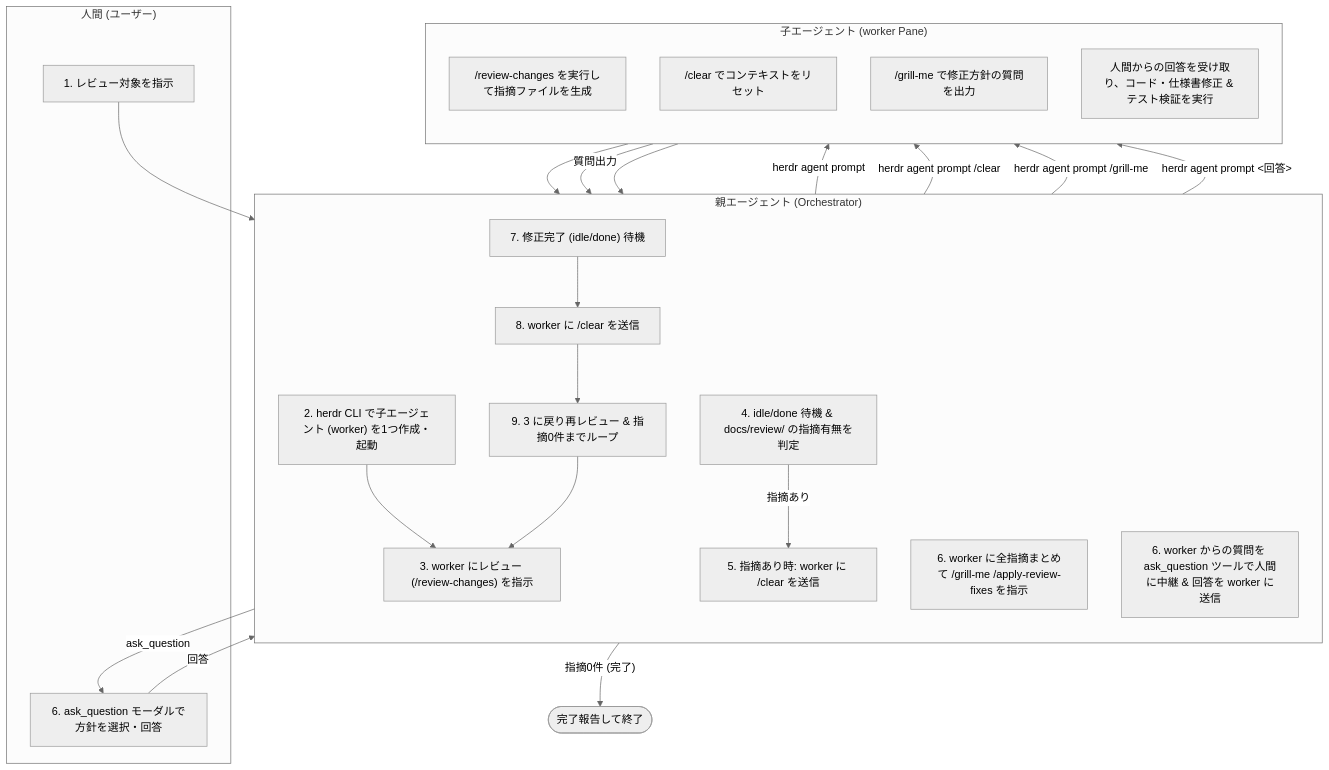
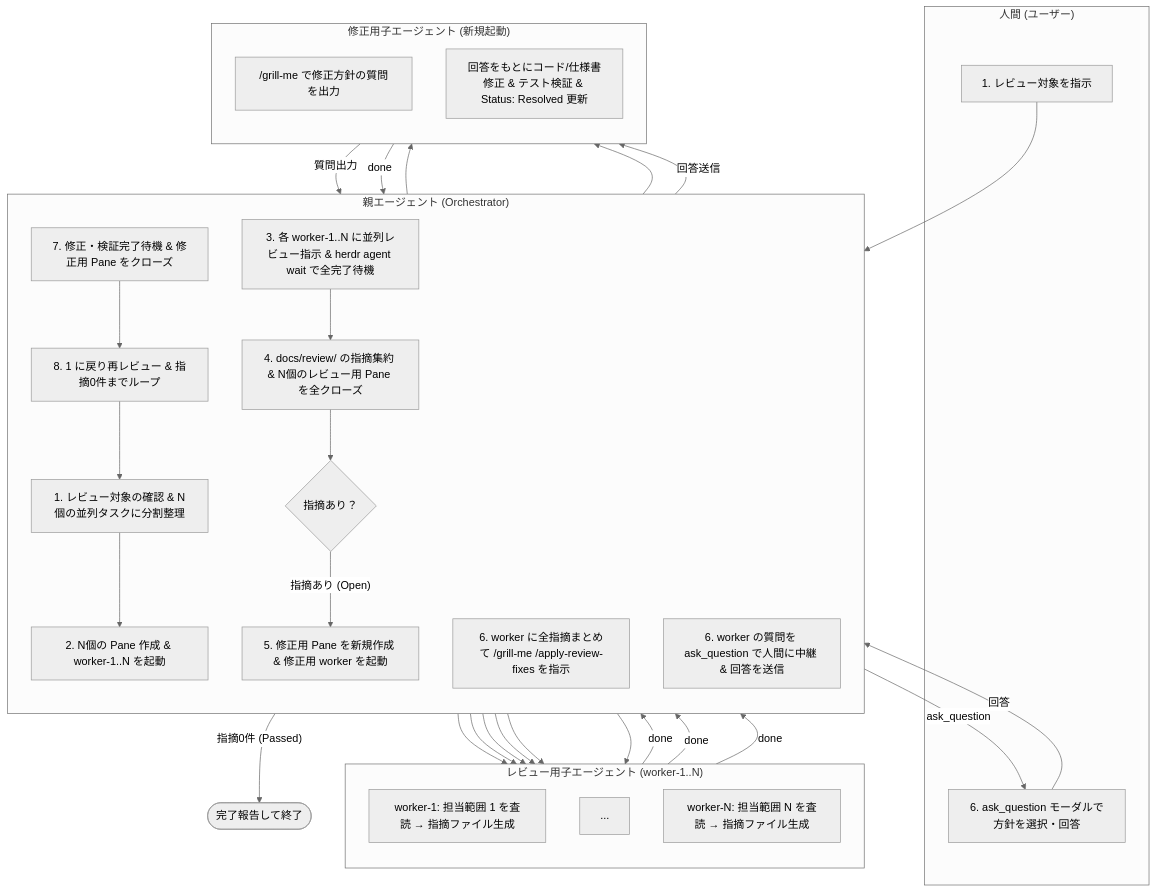
The diagram in .agents/skills/herdr-review-loop/SKILL.md (TUS-TI-dev-team/SyncTask), drawn with Mermaid (neutral theme) before and after one commit. The commit also changed other lines of this file and 9 other files, not shown here.

````diff
--- a/.agents/skills/herdr-review-loop/SKILL.md
+++ b/.agents/skills/herdr-review-loop/SKILL.md
@@ -15,45 +16,53 @@
 ```mermaid
 flowchart TD
     subgraph UserInteraction ["人間 (ユーザー)"]
         U1["1. レビュー対象を指示"]
         U2["6. ask_question モーダルで方針を選択・回答"]
     end
 
     subgraph Orchestrator ["親エージェント (Orchestrator)"]
         direction TB
-        O1["2. herdr CLI で子エージェント (worker) を1つ作成・起動"]
-        O2["3. worker にレビュー (/review-changes) を指示"]
-        O3["4. idle/done 待機 & docs/review/ の指摘有無を判定"]
-        O4["5. 指摘あり時: worker に /clear を送信"]
-        O5["6. worker に全指摘まとめて /grill-me /apply-review-fixes を指示"]
-        O6["6. worker からの質問を ask_question ツールで人間に中継 & 回答を worker に送信"]
-        O7["7. 修正完了 (idle/done) 待機"]
-        O8["8. worker に /clear を送信"]
-        O9["9. 3 に戻り再レビュー & 指摘0件までループ"]
+        O1["1. レビュー対象の確認 & N個の並列タスクに分割整理"]
+        O2["2. N個の Pane 作成 & worker-1..N を起動"]
+        O3["3. 各 worker-1..N に並列レビュー指示 & herdr agent wait で全完了待機"]
+        O4["4. docs/review/ の指摘集約 & N個のレビュー用 Pane を全クローズ"]
+        O5{"指摘あり？"}
+        O6["5. 修正用 Pane を新規作成 & 修正用 worker を起動"]
+        O7["6. worker に全指摘まとめて /grill-me /apply-review-fixes を指示"]
+        O8["6. worker の質問を ask_question で人間に中継 & 回答を送信"]
+        O9["7. 修正・検証完了待機 & 修正用 Pane をクローズ"]
+        O10["8. 1 に戻り再レビュー & 指摘0件までループ"]
     end
 
-    subgraph Worker ["子エージェント (worker Pane)"]
+    subgraph ReviewWorkers ["レビュー用子エージェント (worker-1..N)"]
         direction TB
-        W1["/review-changes を実行して指摘ファイルを生成"]
-        W2["/clear でコンテキストをリセット"]
-        W3["/grill-me で修正方針の質問を出力"]
-        W4["人間からの回答を受け取り、コード・仕様書修正 & テスト検証を実行"]
+        RW1["worker-1: 担当範囲 1 を査読 → 指摘ファイル生成"]
+        RW2["..."]
+        RW3["worker-N: 担当範囲 N を査読 → 指摘ファイル生成"]
+    end
+
+    subgraph FixWorker ["修正用子エージェント (新規起動)"]
+        direction TB
+        FW1["/grill-me で修正方針の質問を出力"]
+        FW2["回答をもとにコード/仕様書修正 & テスト検証 & Status: Resolved 更新"]
     end
 
     U1 --> O1
     O1 --> O2
-    O2 -- "herdr agent prompt" --> W1
-    W1 --> O3
-    O3 -- "指摘あり" --> O4
-    O4 -- "herdr agent prompt /clear" --> W2
-    O5 -- "herdr agent prompt /grill-me" --> W3
-    W3 -- "質問出力" --> O6
-    O6 -- "ask_question" --> U2
-    U2 -- "回答" --> O6
-    O6 -- "herdr agent prompt <回答>" --> W4
-    W4 --> O7
-    O7 --> O8
-    O8 --> O9
-    O9 --> O2
-    O3 -- "指摘0件 (完了)" --> End(["完了報告して終了"])
+    O2 --> RW1 & RW2 & RW3
+    O3 --> RW1 & RW2 & RW3
+    RW1 & RW2 & RW3 -- "done" --> O3
+    O3 --> O4
+    O4 --> O5
+    O5 -- "指摘0件 (Passed)" --> End(["完了報告して終了"])
+    O5 -- "指摘あり (Open)" --> O6
+    O6 --> FW1
+    O7 --> FW1
+    FW1 -- "質問出力" --> O8
+    O8 -- "ask_question" --> U2
+    U2 -- "回答" --> O8
+    O8 -- "回答送信" --> FW2
+    FW2 -- "done" --> O9
+    O9 --> O10
+    O10 --> O1
 ```
````
